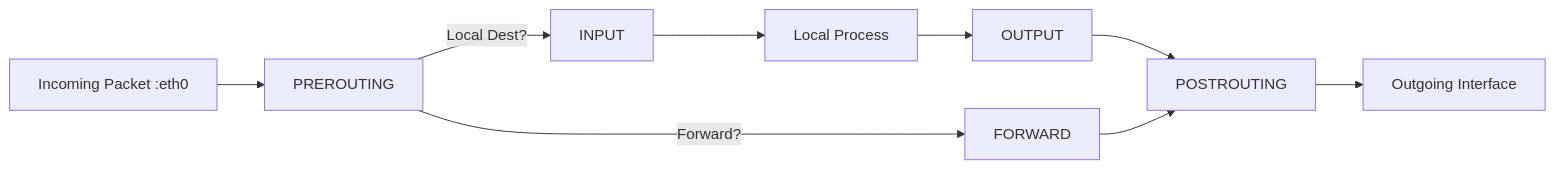
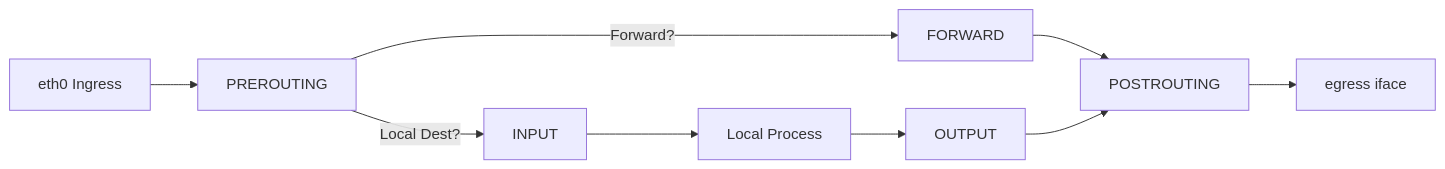
Before and after one commit to Sagar2366/LearnWithSagar: the first of 5 diagrams in DailyChallenges/Season2/Day19/challenge.md, drawn with Mermaid. The commit also changed other lines of this file, not shown here.

````diff
--- a/DailyChallenges/Season2/Day19/challenge.md
+++ b/DailyChallenges/Season2/Day19/challenge.md
@@ -44,11 +38,11 @@
 ```mermaid
 flowchart LR
-    IN_Int[Incoming Packet :eth0] --> PREROUTING
+    IN[eth0 Ingress] --> PREROUTING
     PREROUTING -->|Local Dest?| INPUT
     PREROUTING -->|Forward?| FORWARD
-    INPUT --> LocalProc[Local Process]
-    LocalProc --> OUTPUT
+    INPUT --> PROC[Local Process]
+    PROC --> OUTPUT
+    FORWARD --> POSTROUTING
     OUTPUT --> POSTROUTING
-    FORWARD --> POSTROUTING
-    POSTROUTING --> OUT_Int[Outgoing Interface]
+    POSTROUTING --> OUT[egress iface]
 ```
````
